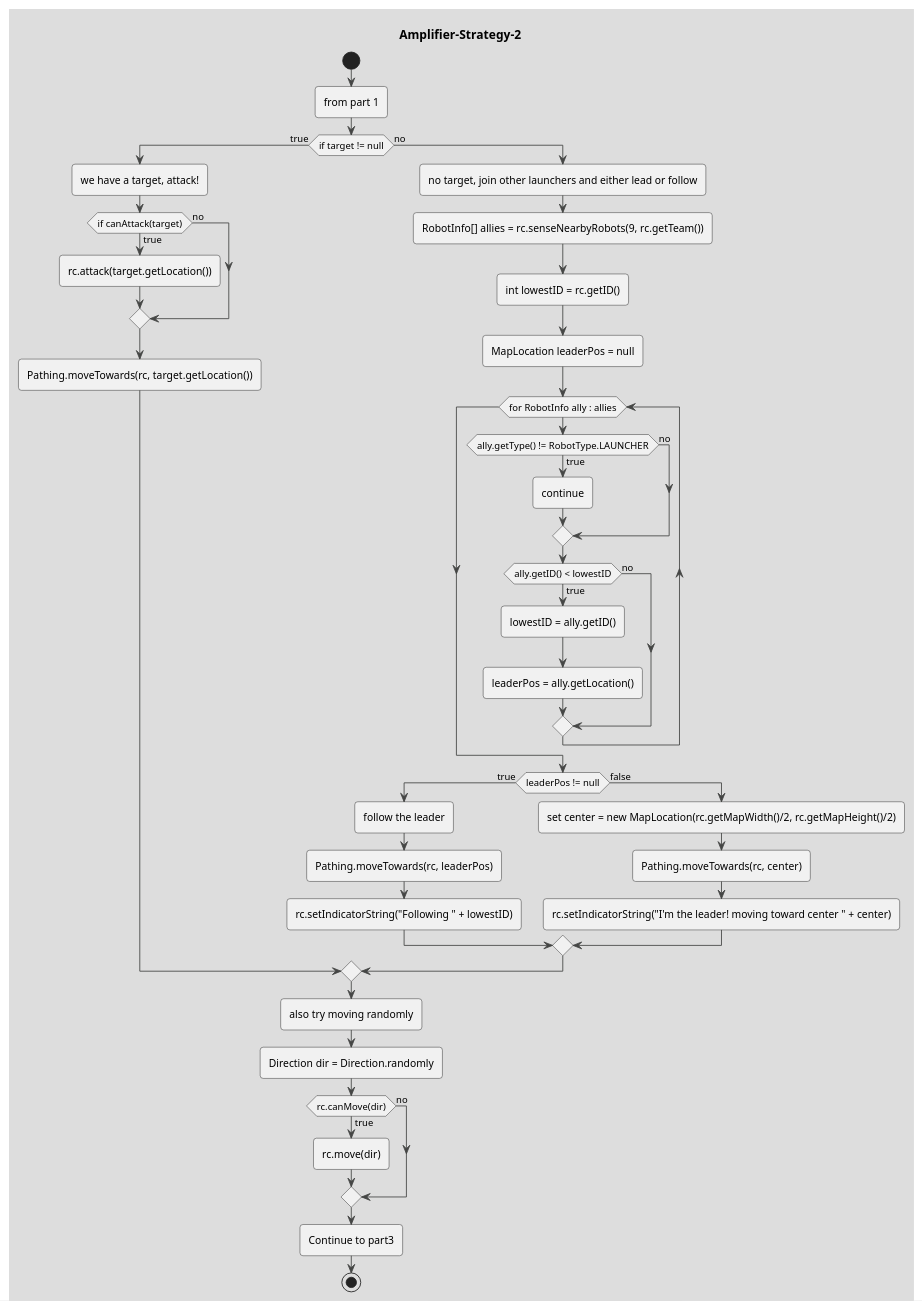
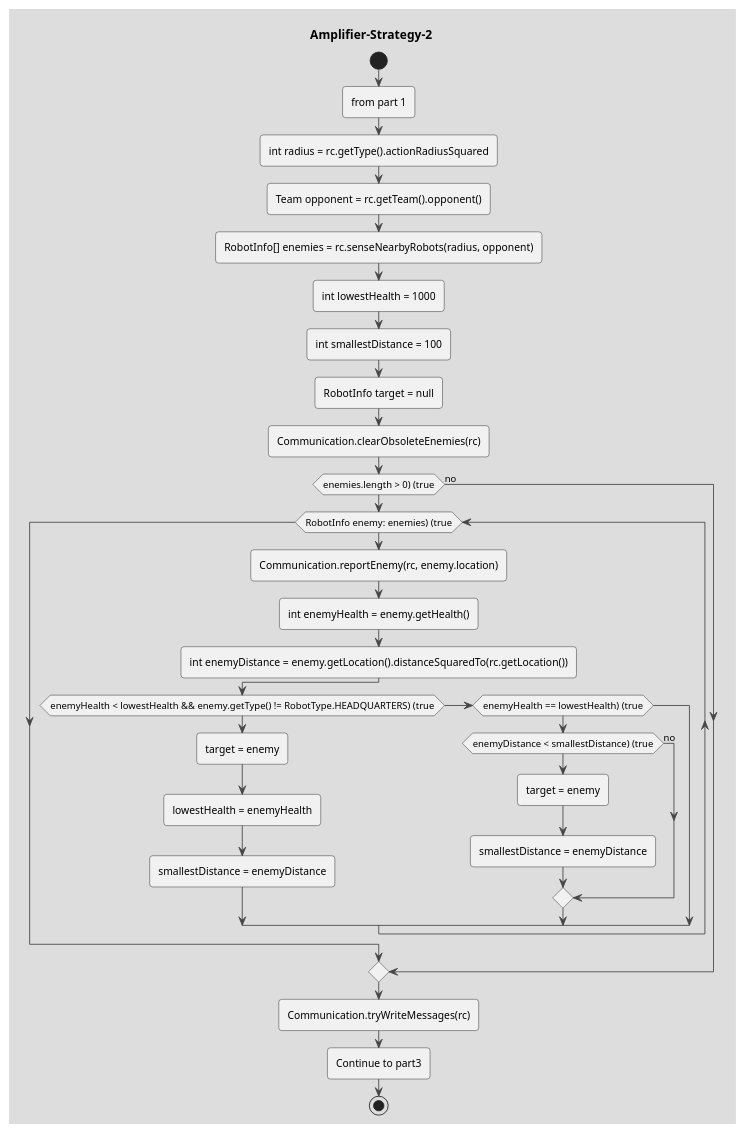
Before and after one commit to coding-to-music/plantuml-diagram-examples: the diagram in drawings/Amplifier-Strategy-2.puml, drawn with PlantUML. The commit also changed other lines of this file and 1 other file, not shown here.

```diff
--- a/drawings/Amplifier-Strategy-2.puml
+++ b/drawings/Amplifier-Strategy-2.puml
@@ -1,50 +1,85 @@
 @startuml Amplifier-Strategy-2
 !theme toy 
 title Amplifier-Strategy-2
 start
 
 :from part 1; 
 
-if (if target != null) then (true)
-    :we have a target, attack!; 
-    if (if canAttack(target)) then (true)
-        :rc.attack(target.getLocation()); 
-    else (no)
-    endif
-    :Pathing.moveTowards(rc, target.getLocation());
-else (no)
-    :no target, join other launchers and either lead or follow; 
-    :RobotInfo[] allies = rc.senseNearbyRobots(9, rc.getTeam());
-    :int lowestID = rc.getID();
-    :MapLocation leaderPos = null;
-    while (for RobotInfo ally : allies)
-        if (ally.getType() != RobotType.LAUNCHER) then (true)
-            :continue;
-        else (no)
-        endif
-        if (ally.getID() < lowestID) then (true)
-            :lowestID = ally.getID();
-            :leaderPos = ally.getLocation();
-        else (no)
+' // Amplifiers want to avoid getting attacked, just loiter and sense other robots
+:int radius = rc.getType().actionRadiusSquared;
+:Team opponent = rc.getTeam().opponent();
+:RobotInfo[] enemies = rc.senseNearbyRobots(radius, opponent);
+:int lowestHealth = 1000;
+:int smallestDistance = 100;
+:RobotInfo target = null;
+
+:Communication.clearObsoleteEnemies(rc);
+if (enemies.length > 0) (true)
+    while (RobotInfo enemy: enemies) (true)
+        :Communication.reportEnemy(rc, enemy.location);
+        :int enemyHealth = enemy.getHealth();
+        :int enemyDistance = enemy.getLocation().distanceSquaredTo(rc.getLocation());
+        if (enemyHealth < lowestHealth && enemy.getType() != RobotType.HEADQUARTERS) (true)
+            :target = enemy;
+            :lowestHealth = enemyHealth;
+            :smallestDistance = enemyDistance;
+        else if (enemyHealth == lowestHealth) (true)
+            if (enemyDistance < smallestDistance) (true)
+                :target = enemy;
+                :smallestDistance = enemyDistance;
+            else (no)
+            endif    
         endif
     endwhile
-    if (leaderPos != null) then (true)
-        :follow the leader;
-        :Pathing.moveTowards(rc, leaderPos);
-        :rc.setIndicatorString("Following " + lowestID);
-    else (false)
-        :set center = new MapLocation(rc.getMapWidth()/2, rc.getMapHeight()/2);
-        :Pathing.moveTowards(rc, center);
-        :rc.setIndicatorString("I'm the leader! moving toward center " + center);
-    endif
-endif
-:also try moving randomly;
-:Direction dir = Direction.randomly;
-if (rc.canMove(dir)) then (true)
-    :rc.move(dir);
 else (no)
-endif
+endif    
+
+
+:Communication.tryWriteMessages(rc);
+' if (target != null) (true)
+'     if (rc.canAttack(target.getLocation())) {
+'         :rc.attack(target.getLocation());
+'         :rc.setIndicatorString(" AAAA0 Amplifier attacking " + target.getLocation());
+'     else (no)
+'     endif    
+'     :Pathing.moveTowards(rc, target.getLocation());
+'     :rc.setIndicatorString(" BBBB0 Pathing.moveTowards " + target.getLocation());
+' else (no)
+'     :RobotInfo[] allies = rc.senseNearbyRobots(9, rc.getTeam());
+'     :int lowestID = rc.getID();
+'     :MapLocation leaderPos = null;
+'     while (RobotInfo ally : allies)
+'         if (ally.getType() != RobotType.LAUNCHER)
+'             :continue;
+'         else (no)
+'         endif    
+'         if (ally.getID() < lowestID){
+'             :lowestID = ally.getID();
+'             :leaderPos = ally.getLocation();
+'         else (no)
+'         endif    
+'     endwhile
+'     if (leaderPos != null) (true)
+'         :Pathing.moveTowards(rc, leaderPos);
+'         :rc.setIndicatorString("Following " + lowestID);
+'     }
+'     else (no)
+'         :MapLocation center = new MapLocation(rc.getMapWidth()/2, rc.getMapHeight()/2);
+'         ' // MapLocation center = goalLoc;
+'         :Pathing.moveTowards(rc, center);
+'         :rc.setIndicatorString("I'm the leader! moving toward center " + center);
+'     endif    
+' endif    
+' // Also try to move randomly.
+' :Direction dir = RobotPlayer.directions[RobotPlayer.rng.nextInt(RobotPlayer.directions.length)];
+' if (rc.canMove(dir)) (true)
+'     :rc.move(dir);
+'     :rc.setIndicatorString(" YYYY0 rc.move(dir) " + dir);
+'     else (no)
+'     endif    
+' else (no)
+' endif    
 
 :Continue to part3; 
 stop
 @enduml
```
